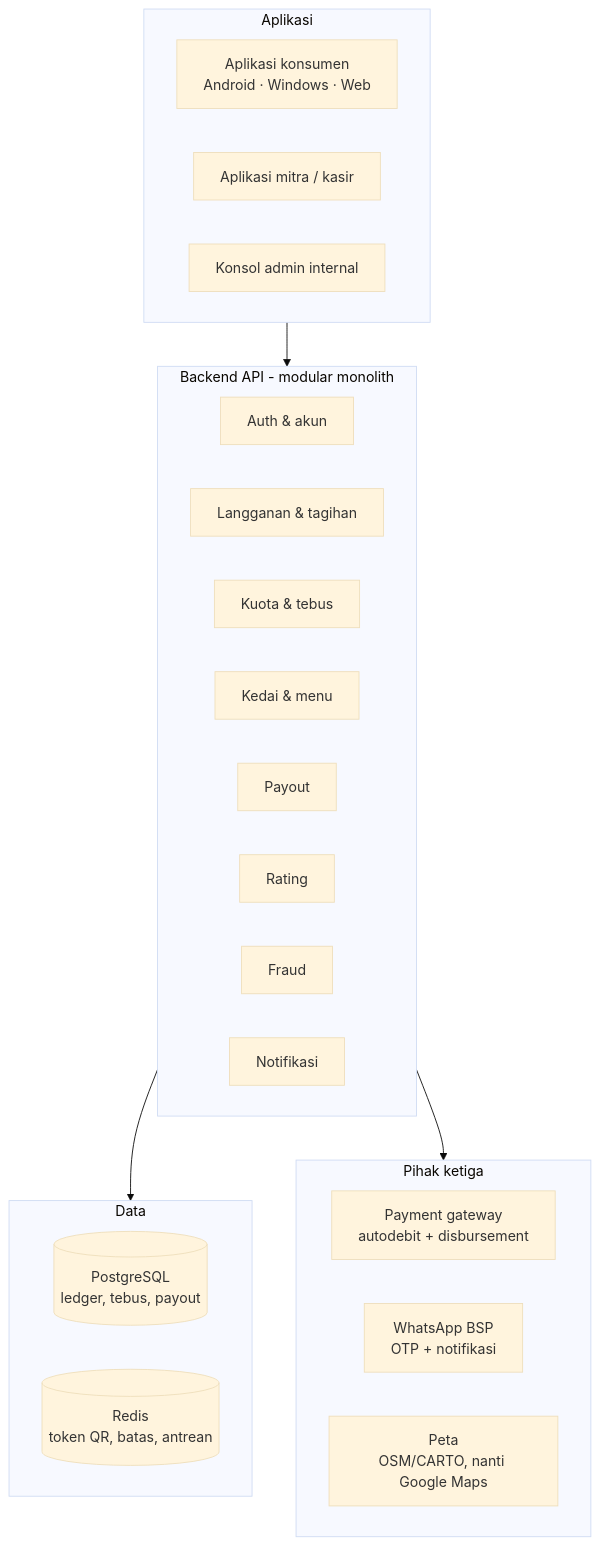
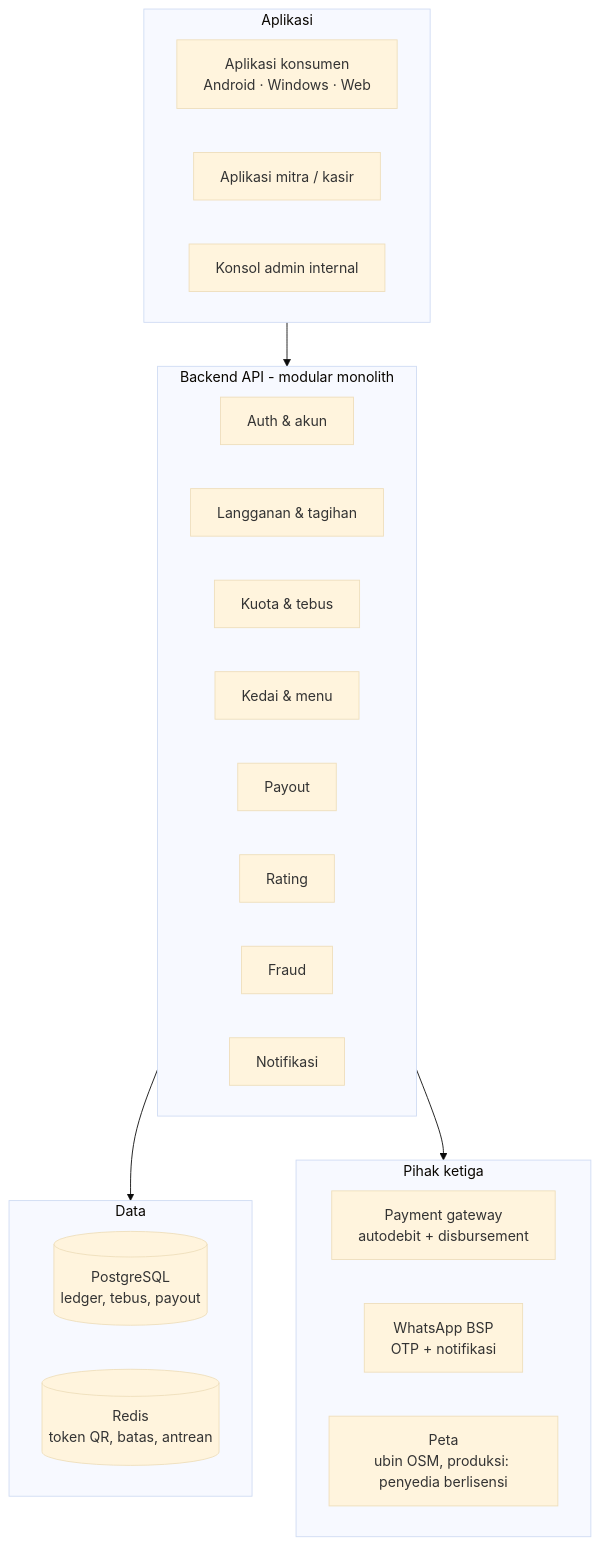
One commit to yudhis7/coffeepassnusantara changed the diagram in docs/FRAMEWORK.md. Above: the diagram before and after it, drawn with Mermaid (base theme). The commit also changed other lines of this file and 6 other files, not shown here.

First line of the commit message:
Peta: ganti ubin CARTO (kini butuh API key) ke OpenStreetMap

````diff
--- a/docs/FRAMEWORK.md
+++ b/docs/FRAMEWORK.md
@@ -11,30 +11,30 @@
 ```mermaid
 flowchart TB
     subgraph Apps[Aplikasi]
         A1[Aplikasi konsumen<br/>Android · Windows · Web]
         A2[Aplikasi mitra / kasir]
         A3[Konsol admin internal]
     end
     subgraph BE[Backend API - modular monolith]
         B1[Auth & akun]
         B2[Langganan & tagihan]
         B3[Kuota & tebus]
         B4[Kedai & menu]
         B5[Payout]
         B6[Rating]
         B7[Fraud]
         B8[Notifikasi]
     end
     subgraph Data
         D1[(PostgreSQL<br/>ledger, tebus, payout)]
         D2[(Redis<br/>token QR, batas, antrean)]
     end
     subgraph Ext[Pihak ketiga]
         E1[Payment gateway<br/>autodebit + disbursement]
         E2[WhatsApp BSP<br/>OTP + notifikasi]
-        E3[Peta<br/>OSM/CARTO, nanti Google Maps]
+        E3[Peta<br/>ubin OSM, produksi: penyedia berlisensi]
     end
     Apps --> BE
     BE --> Data
     BE --> Ext
 ```
````
